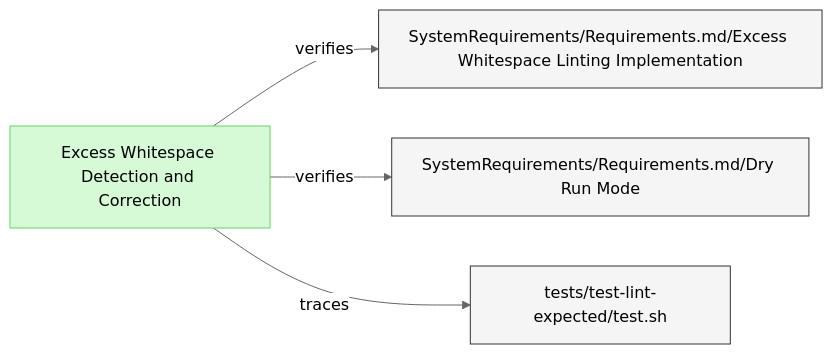
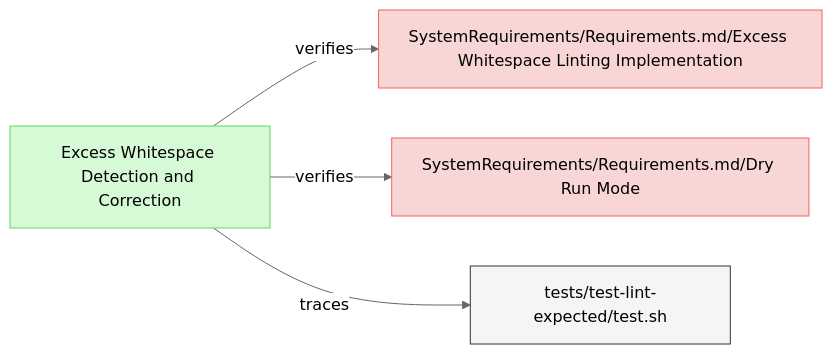
One commit to reqvire-org/reqvire changed the first of 2 diagrams in specifications/Verifications/LintingTests.md. Above: the diagram before and after it, drawn with Mermaid (neutral theme). The commit also changed other lines of this file and 11 other files, not shown here.

````diff
--- a/specifications/Verifications/LintingTests.md
+++ b/specifications/Verifications/LintingTests.md
@@ -6,24 +6,24 @@
 ```mermaid
 graph LR;
   %% Graph styling
   classDef requirement fill:#f9d6d6,stroke:#f55f5f,stroke-width:1px;
   classDef verification fill:#d6f9d6,stroke:#5fd75f,stroke-width:1px;
   classDef externalLink fill:#d0e0ff,stroke:#3080ff,stroke-width:1px;
   classDef default fill:#f5f5f5,stroke:#333333,stroke-width:1px;
 
   4cd0fe733f["Excess Whitespace Detection and Correction"];
   click 4cd0fe733f "LintingTests.md#excess-whitespace-detection-and-correction";
   class 4cd0fe733f verification;
   3f3d3f9ccb["SystemRequirements/Requirements.md/Excess Whitespace Linting Implementation"];
-  class 3f3d3f9ccb default;
+  class 3f3d3f9ccb requirement;
   click 3f3d3f9ccb "../SystemRequirements/Requirements.md#excess-whitespace-linting-implementation";
   4cd0fe733f -->|verifies| 3f3d3f9ccb;
   8f2198f681["SystemRequirements/Requirements.md/Dry Run Mode"];
-  class 8f2198f681 default;
+  class 8f2198f681 requirement;
   click 8f2198f681 "../SystemRequirements/Requirements.md#dry-run-mode";
   4cd0fe733f -->|verifies| 8f2198f681;
-  e349eadbaa["tests/test-lint-expected/test.sh"];
-  class e349eadbaa default;
-  click e349eadbaa "../../tests/test-lint-expected/test.sh";
-  4cd0fe733f -->|traces| e349eadbaa;
+  3de539f546["tests/test-lint-expected/test.sh"];
+  class 3de539f546 default;
+  click 3de539f546 "../../tests/test-lint-expected/test.sh";
+  4cd0fe733f -->|traces| 3de539f546;
 ```
````
